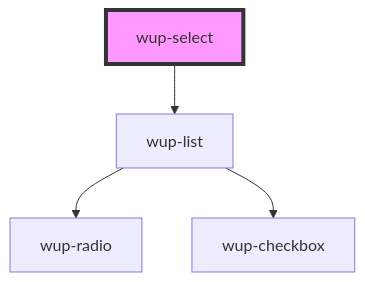
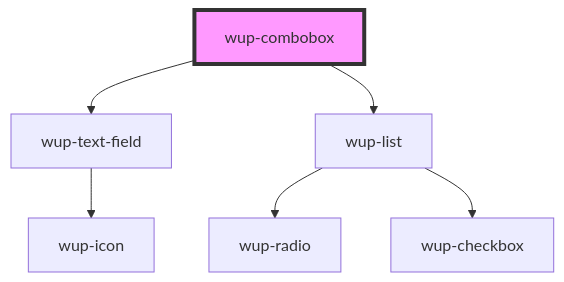
Before and after one commit to smeup/ketchup: the diagram in packages/ketchup/src/components/wup-combobox/readme.md, drawn with Mermaid. The commit also changed other lines of this file and 7 other files, not shown here.

Commit message:
Working props textfieldData and listData for combobox.

````diff
--- a/packages/ketchup/src/components/wup-combobox/readme.md
+++ b/packages/ketchup/src/components/wup-combobox/readme.md
@@ -37,7 +36,9 @@
 ```mermaid
 graph TD;
-  wup-select --> wup-list
+  wup-combobox --> wup-text-field
+  wup-combobox --> wup-list
+  wup-text-field --> wup-icon
   wup-list --> wup-radio
   wup-list --> wup-checkbox
-  style wup-select fill:#f9f,stroke:#333,stroke-width:4px
+  style wup-combobox fill:#f9f,stroke:#333,stroke-width:4px
 ```
````
